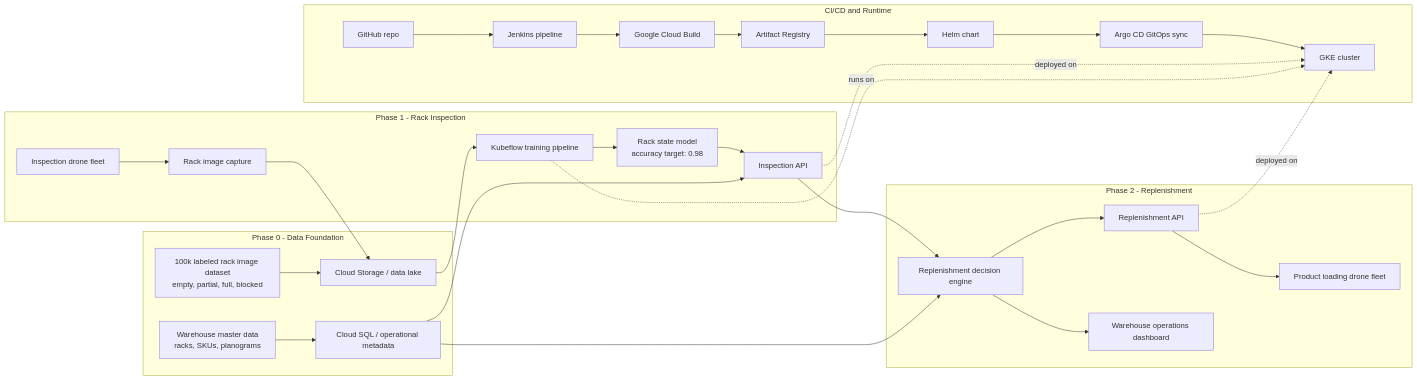
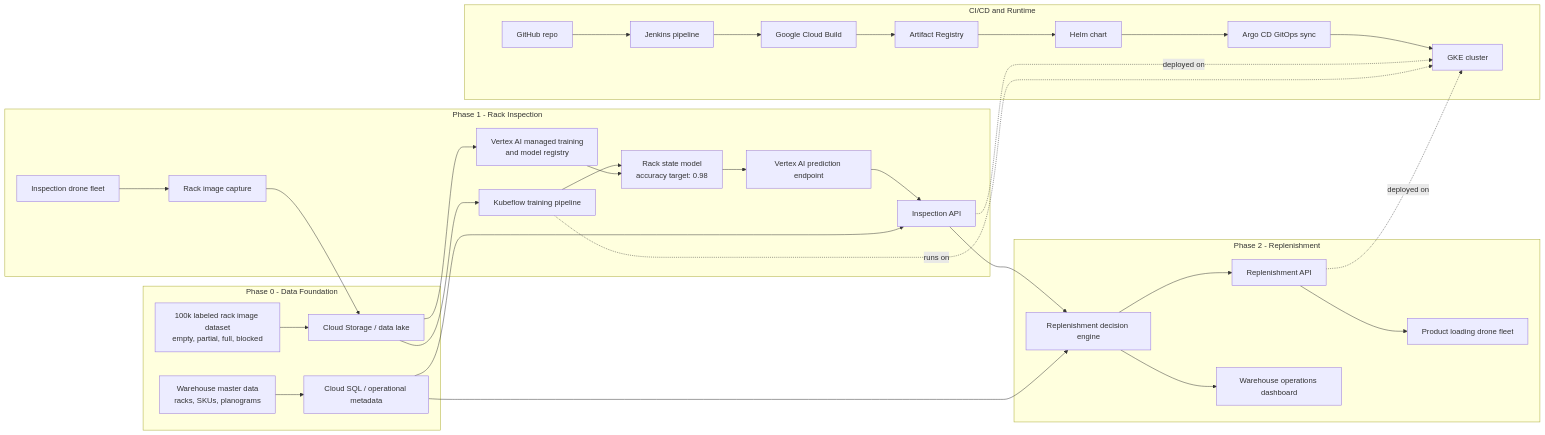
Before and after one commit to reddydilip145-hub/warehouse-drone-ai: the diagram in README.md, drawn with Mermaid. The commit also changed other lines of this file and 14 other files, not shown here.

````diff
--- a/README.md
+++ b/README.md
@@ -9,49 +9,53 @@
 ```mermaid
 flowchart LR
   subgraph Phase0["Phase 0 - Data Foundation"]
     master["Warehouse master data\nracks, SKUs, planograms"]
     labels["100k labeled rack image dataset\nempty, partial, full, blocked"]
     storage["Cloud Storage / data lake"]
     sql["Cloud SQL / operational metadata"]
   end
 
   subgraph Phase1["Phase 1 - Rack Inspection"]
     droneA["Inspection drone fleet"]
     images["Rack image capture"]
     train["Kubeflow training pipeline"]
+    vertexTrain["Vertex AI managed training\nand model registry"]
     model["Rack state model\naccuracy target: 0.98"]
+    vertexEndpoint["Vertex AI prediction endpoint"]
     inspectApi["Inspection API"]
   end
 
   subgraph Phase2["Phase 2 - Replenishment"]
     decision["Replenishment decision engine"]
     droneB["Product loading drone fleet"]
     taskApi["Replenishment API"]
     ops["Warehouse operations dashboard"]
   end
 
   subgraph Deploy["CI/CD and Runtime"]
     github["GitHub repo"]
     jenkins["Jenkins pipeline"]
     cloudbuild["Google Cloud Build"]
     registry["Artifact Registry"]
     helm["Helm chart"]
     argo["Argo CD GitOps sync"]
     gke["GKE cluster"]
   end
 
   master --> sql
   labels --> storage
   droneA --> images --> storage
-  storage --> train --> model --> inspectApi
+  storage --> train --> model
+  storage --> vertexTrain --> model --> vertexEndpoint
+  vertexEndpoint --> inspectApi
   sql --> inspectApi
   inspectApi --> decision --> taskApi --> droneB
   decision --> ops
   sql --> decision
 
   github --> jenkins --> cloudbuild --> registry
   registry --> helm --> argo --> gke
   inspectApi -.deployed on.-> gke
   taskApi -.deployed on.-> gke
   train -.runs on.-> gke
 ```
````
